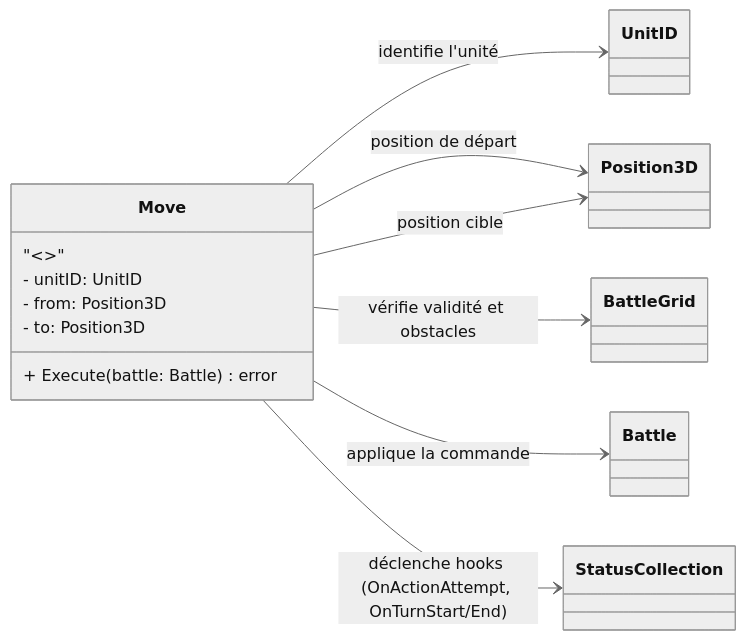
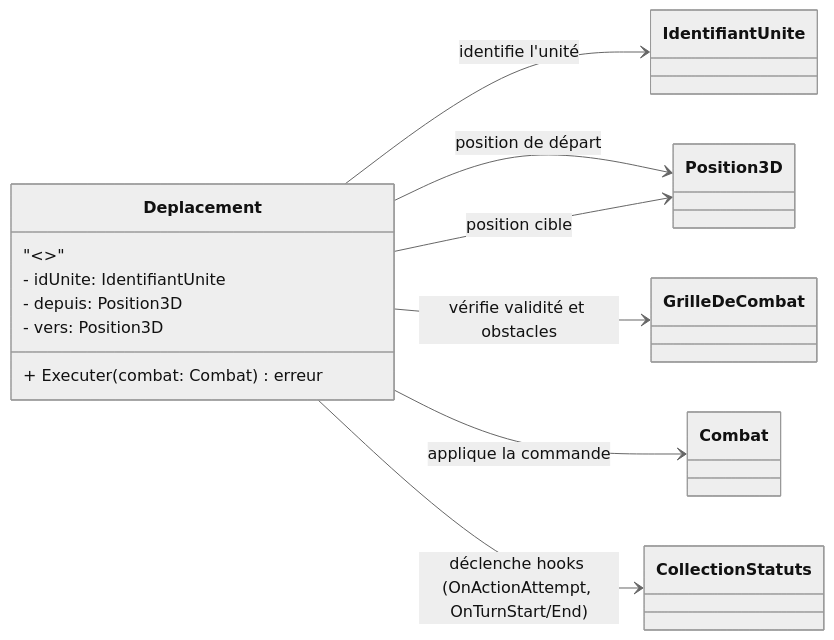
Before and after one commit to Gaetan1303/Aether-Engine: the diagram in doc/diagramme de classe/Move.md, drawn with Mermaid (neutral theme). The commit also changed 12 other files, not shown here.

````diff
--- a/doc/diagramme de classe/Move.md
+++ b/doc/diagramme de classe/Move.md
@@ -1,27 +1,31 @@
-```mermaid 
+```mermaid
 classDiagram
 direction LR
 
 %% =========================
-%% COMMAND MOVE
+%% COMMANDE DEPLACEMENT (fr)
 %% =========================
 
-class Move {
-    "<<value object / command>>"
-    - unitID: UnitID
-    - from: Position3D
-    - to: Position3D
-    + Execute(battle: Battle) error
+%% Note de synchronisation :
+%% Ce diagramme utilise le nommage français, sauf pour les termes internationalement utilisés (item, Tank, DPS, Heal, etc.).
+%% Les définitions détaillées sont centralisées dans `/doc/Agrégats.md`.
+
+class Deplacement {
+    "<<value object / commande>>"
+    - idUnite: IdentifiantUnite
+    - depuis: Position3D
+    - vers: Position3D
+    + Executer(combat: Combat) erreur
 }
 
 %% =========================
 %% RELATIONS
 %% =========================
 
-Move --> UnitID : identifie l'unité
-Move --> Position3D : position de départ
-Move --> Position3D : position cible
-Move --> BattleGrid : vérifie validité et obstacles
-Move --> Battle : applique la commande
-Move --> StatusCollection : déclenche hooks (OnActionAttempt, OnTurnStart/End)
+Deplacement --> IdentifiantUnite : identifie l'unité
+Deplacement --> Position3D : position de départ
+Deplacement --> Position3D : position cible
+Deplacement --> GrilleDeCombat : vérifie validité et obstacles
+Deplacement --> Combat : applique la commande
+Deplacement --> CollectionStatuts : déclenche hooks (OnActionAttempt, OnTurnStart/End)
 ```
````
